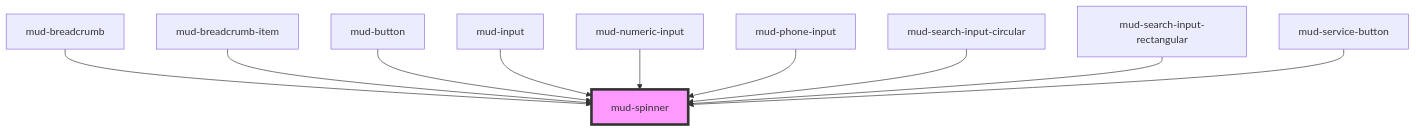
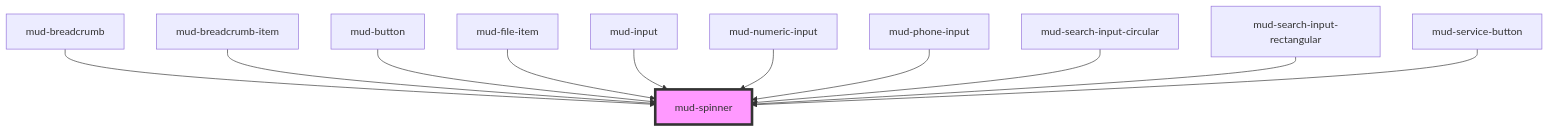
Before and after one commit to egov-moldova/design-system: the diagram in src/components/mud-spinner/readme.md, drawn with Mermaid. The commit also changed other lines of this file and 153 other files, not shown here.

````diff
--- a/src/components/mud-spinner/readme.md
+++ b/src/components/mud-spinner/readme.md
@@ -39,13 +40,14 @@
 ```mermaid
 graph TD;
   mud-breadcrumb --> mud-spinner
   mud-breadcrumb-item --> mud-spinner
   mud-button --> mud-spinner
+  mud-file-item --> mud-spinner
   mud-input --> mud-spinner
   mud-numeric-input --> mud-spinner
   mud-phone-input --> mud-spinner
   mud-search-input-circular --> mud-spinner
   mud-search-input-rectangular --> mud-spinner
   mud-service-button --> mud-spinner
   style mud-spinner fill:#f9f,stroke:#333,stroke-width:4px
 ```
````
